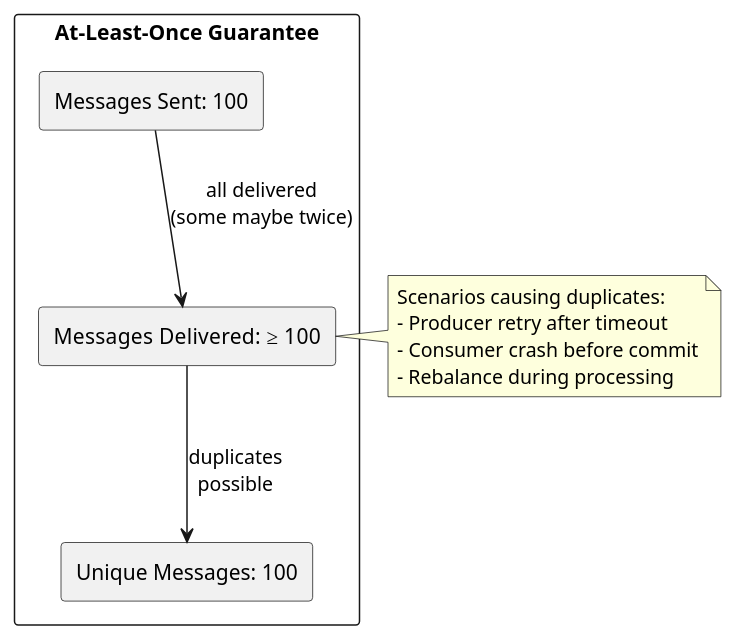
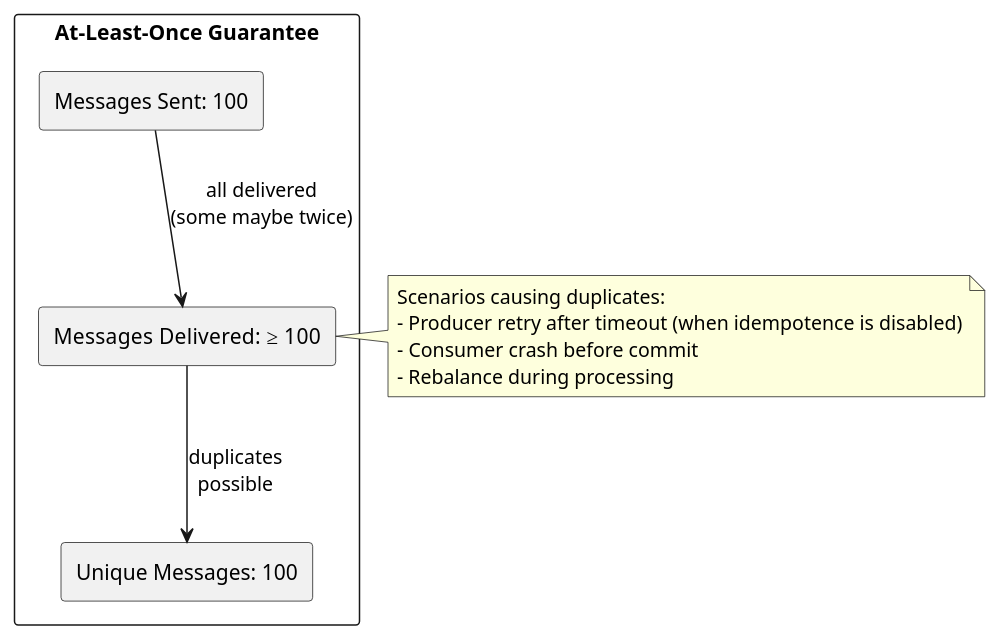
The first of 9 diagrams in docs/data-platforms/kafka/concepts/delivery-semantics/at-least-once.md (axonops/documentation), drawn with PlantUML before and after one commit. The commit also changed other lines of this file and 13 other files, not shown here.

````diff
--- a/docs/data-platforms/kafka/concepts/delivery-semantics/at-least-once.md
+++ b/docs/data-platforms/kafka/concepts/delivery-semantics/at-least-once.md
@@ -17,23 +17,23 @@
 ```plantuml
 @startuml
 
 skinparam backgroundColor transparent
 
 rectangle "At-Least-Once Guarantee" {
     rectangle "Messages Sent: 100" as sent
     rectangle "Messages Delivered: ≥ 100" as delivered
     rectangle "Unique Messages: 100" as unique
 
     sent -down-> delivered : all delivered\n(some maybe twice)
     delivered -down-> unique : duplicates\npossible
 }
 
 note right of delivered
   Scenarios causing duplicates:
-  - Producer retry after timeout
+  - Producer retry after timeout (when idempotence is disabled)
   - Consumer crash before commit
   - Rebalance during processing
 end note
 
 @enduml
 ```
````
